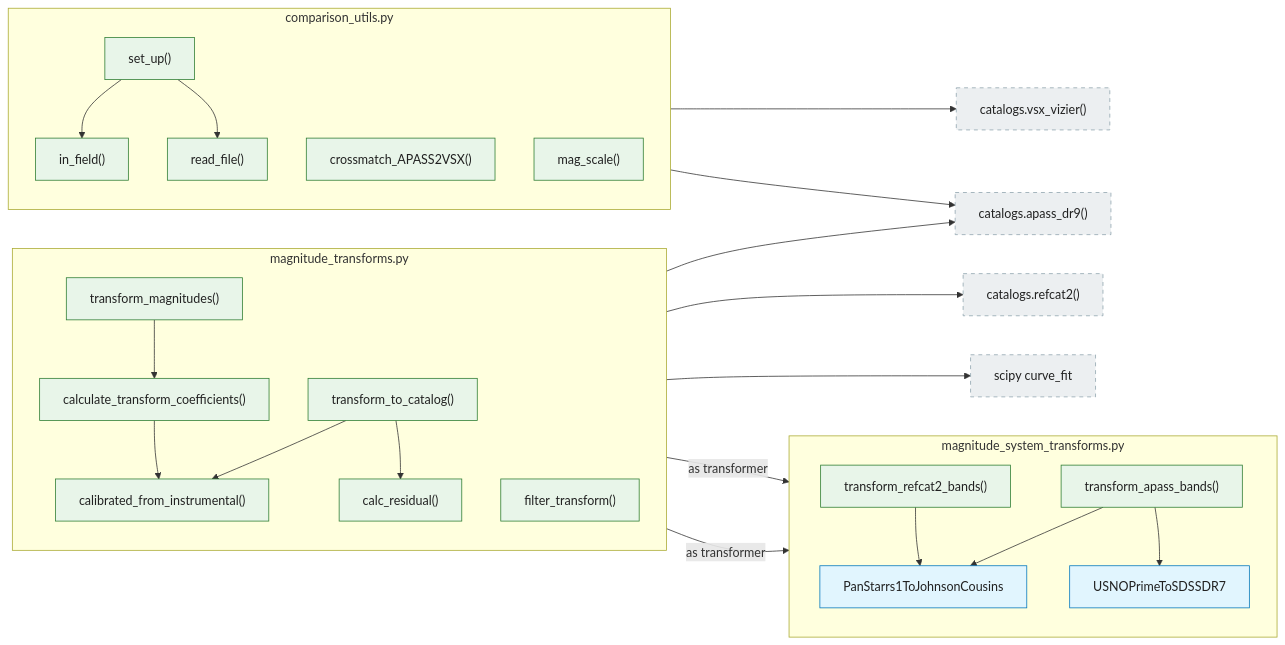
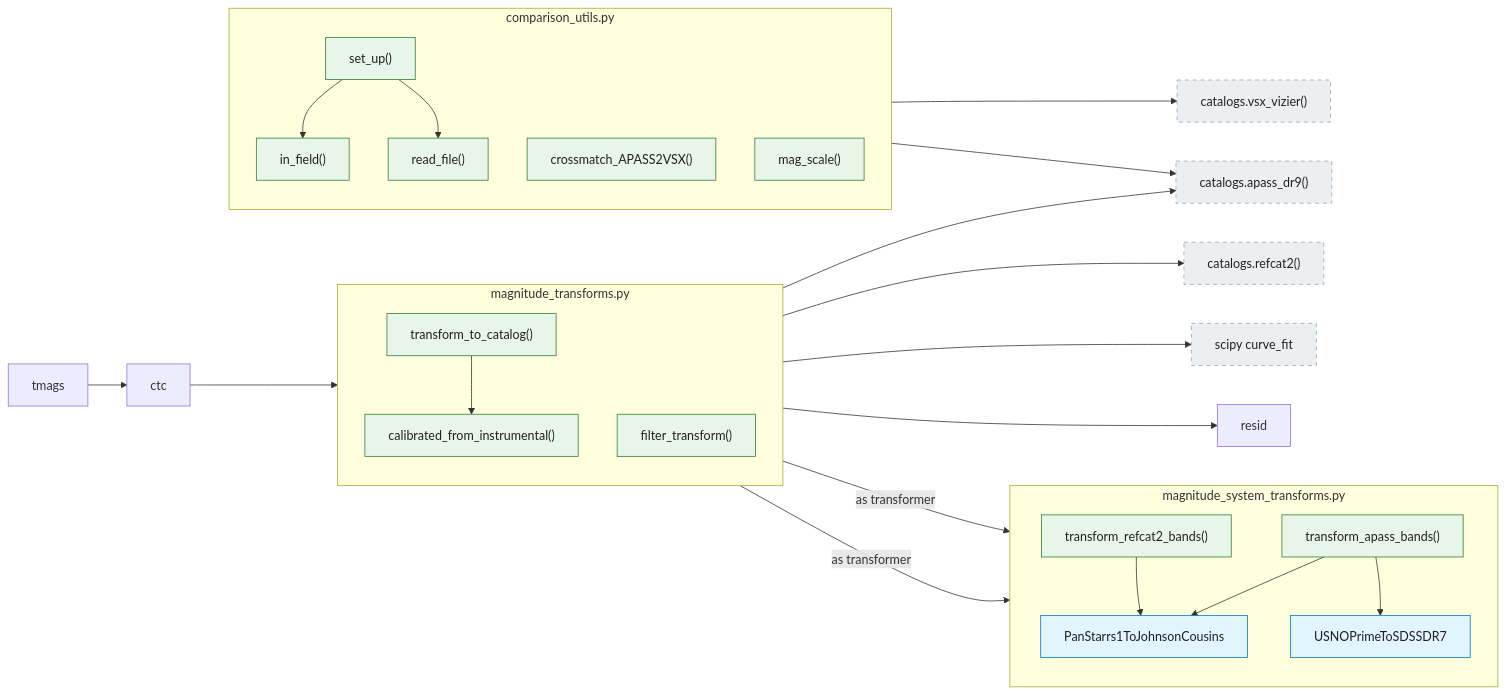
One commit to feder-observatory/stellarphot changed diagram 15 of 16 in docs/diagrams-04-call-graphs.md. Above: the diagram before and after it, drawn with Mermaid. The commit also changed 12 other files, not shown here.

````diff
--- a/docs/diagrams-04-call-graphs.md
+++ b/docs/diagrams-04-call-graphs.md
@@ -884,75 +884,72 @@
 ```mermaid
 flowchart LR
     classDef cls fill:#e1f5fe,stroke:#0277bd,color:#212121
     classDef fn fill:#e8f5e9,stroke:#2e7d32,color:#212121
     classDef external fill:#eceff1,stroke:#90a4ae,stroke-dasharray: 5 5,color:#212121
 
     subgraph sg_mag["magnitude_transforms.py"]
         direction TB
         t2c["transform_to_catalog()"]:::fn
-        tmags["transform_magnitudes()"]:::fn
-        ctc["calculate_transform_coefficients()"]:::fn
         cfi["calibrated_from_instrumental()"]:::fn
-        resid["calc_residual()"]:::fn
         ftrans["filter_transform()"]:::fn
     end
 
     subgraph sg_sys["magnitude_system_transforms.py"]
         direction TB
         tab["transform_apass_bands()"]:::fn
         trb["transform_refcat2_bands()"]:::fn
         ps1["PanStarrs1ToJohnsonCousins"]:::cls
         usno["USNOPrimeToSDSSDR7"]:::cls
     end
 
     subgraph sg_comp["comparison_utils.py"]
         direction TB
         setup["set_up()"]:::fn
         xmatch["crossmatch_APASS2VSX()"]:::fn
         magscale["mag_scale()"]:::fn
         infield["in_field()"]:::fn
         readfile["read_file()"]:::fn
     end
 
     apass["catalogs.apass_dr9()"]:::external
     refcat["catalogs.refcat2()"]:::external
     vsx["catalogs.vsx_vizier()"]:::external
     curvefit["scipy curve_fit"]:::external
 
     t2c --> apass
     t2c --> refcat
     t2c -->|"as transformer"| tab
     t2c -->|"as transformer"| trb
     t2c --> curvefit
     t2c --> cfi
     t2c --> resid
     tmags --> ctc
     ctc --> cfi
     tab --> ps1
     trb --> ps1
     tab --> usno
 
     setup --> vsx
     setup --> infield
     setup --> readfile
     xmatch --> apass
 
     click t2c href "../stellarphot/utils/magnitude_transforms.py" "magnitude_transforms.py"
     click tmags href "../stellarphot/utils/magnitude_transforms.py" "magnitude_transforms.py"
     click ctc href "../stellarphot/utils/magnitude_transforms.py" "magnitude_transforms.py"
     click cfi href "../stellarphot/utils/magnitude_transforms.py" "magnitude_transforms.py"
     click resid href "../stellarphot/utils/magnitude_transforms.py" "magnitude_transforms.py"
     click ftrans href "../stellarphot/utils/magnitude_transforms.py" "magnitude_transforms.py"
     click tab href "../stellarphot/utils/magnitude_system_transforms.py" "magnitude_system_transforms.py"
     click trb href "../stellarphot/utils/magnitude_system_transforms.py" "magnitude_system_transforms.py"
     click ps1 href "../stellarphot/utils/magnitude_system_transforms.py" "magnitude_system_transforms.py"
     click usno href "../stellarphot/utils/magnitude_system_transforms.py" "magnitude_system_transforms.py"
     click setup href "../stellarphot/utils/comparison_utils.py" "comparison_utils.py"
     click xmatch href "../stellarphot/utils/comparison_utils.py" "comparison_utils.py"
     click magscale href "../stellarphot/utils/comparison_utils.py" "comparison_utils.py"
     click infield href "../stellarphot/utils/comparison_utils.py" "comparison_utils.py"
     click readfile href "../stellarphot/utils/comparison_utils.py" "comparison_utils.py"
     click apass href "../stellarphot/catalogs.py" "catalogs.py"
     click refcat href "../stellarphot/catalogs.py" "catalogs.py"
     click vsx href "../stellarphot/catalogs.py" "catalogs.py"
 ```
````
